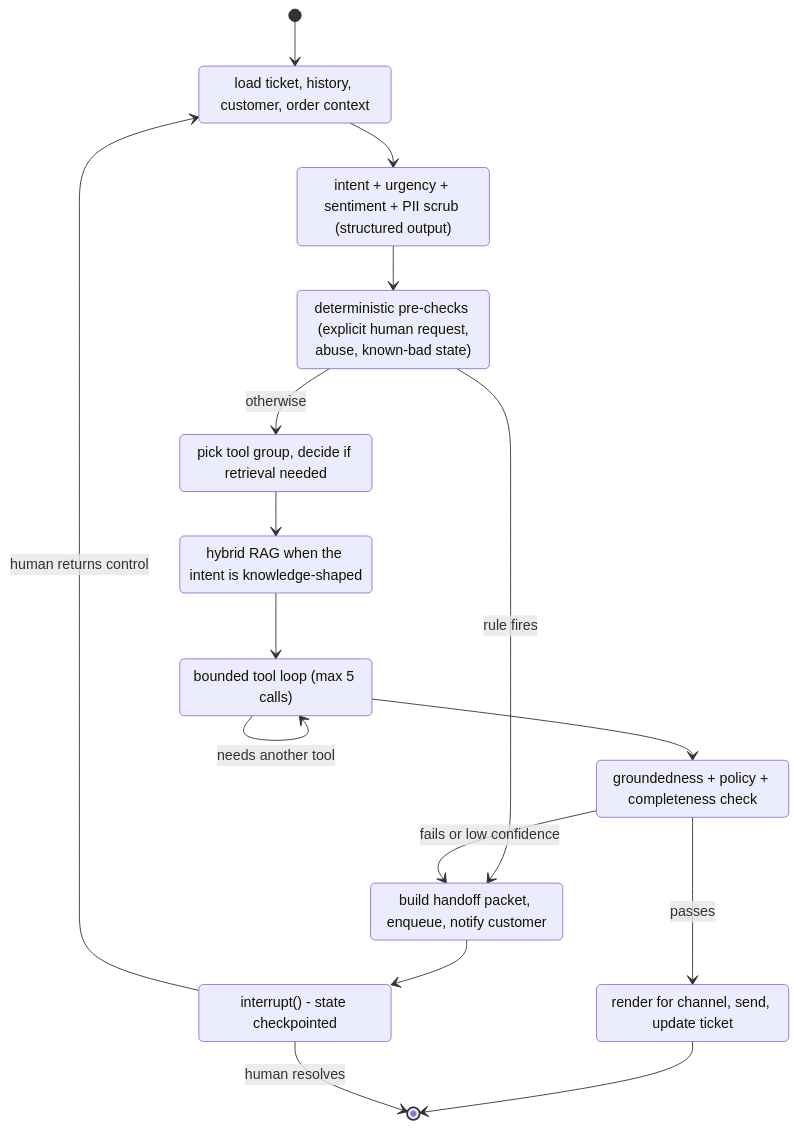
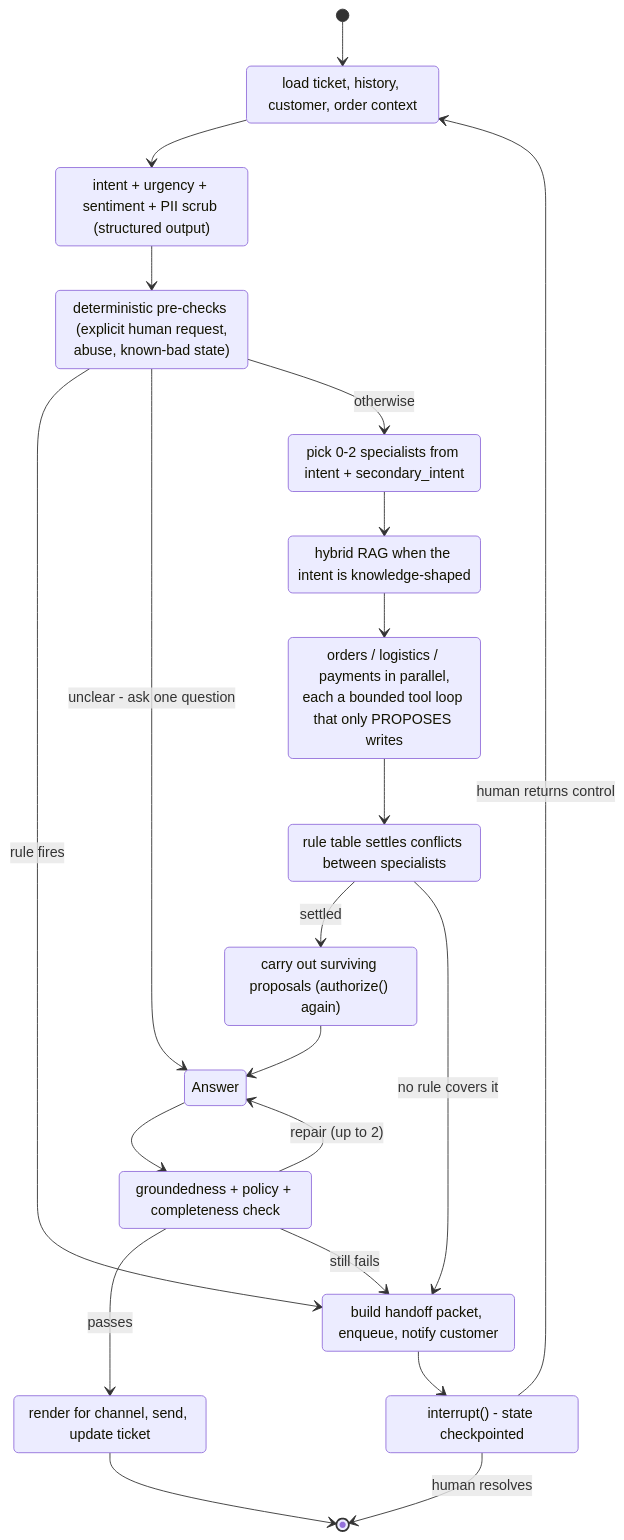
The diagram in docs/04-agent-design.md (Sarcastic-Soul/agentic-customer-support-ticket-system), drawn with Mermaid before and after one commit. The commit also changed other lines of this file and 138 other files, not shown here.

````diff
--- a/docs/04-agent-design.md
+++ b/docs/04-agent-design.md
@@ -5,28 +5,35 @@
 ```mermaid
 stateDiagram-v2
     [*] --> Prepare
     Prepare: load ticket, history, customer, order context
     Prepare --> Classify
     Classify: intent + urgency + sentiment + PII scrub (structured output)
     Classify --> HardRoute
     HardRoute: deterministic pre-checks (explicit human request,<br/>abuse, known-bad state)
     HardRoute --> Escalate: rule fires
-    HardRoute --> Plan: otherwise
-    Plan: pick tool group, decide if retrieval needed
-    Plan --> Retrieve
+    HardRoute --> Answer: unclear - ask one question
+    HardRoute --> Supervisor: otherwise
+    Supervisor: pick 0-2 specialists from intent + secondary_intent
+    Supervisor --> Retrieve
     Retrieve: hybrid RAG when the intent is knowledge-shaped
-    Retrieve --> Act
-    Act: bounded tool loop (max 5 calls)
-    Act --> Act: needs another tool
-    Act --> Verify
+    Retrieve --> Specialists
+    Specialists: orders / logistics / payments in parallel,<br/>each a bounded tool loop that only PROPOSES writes
+    Specialists --> Reconcile
+    Reconcile: rule table settles conflicts between specialists
+    Reconcile --> Commit: settled
+    Reconcile --> Escalate: no rule covers it
+    Commit: carry out surviving proposals (authorize() again)
+    Commit --> Answer
+    Answer --> Verify
     Verify: groundedness + policy + completeness check
     Verify --> Respond: passes
-    Verify --> Escalate: fails or low confidence
+    Verify --> Answer: repair (up to 2)
+    Verify --> Escalate: still fails
     Respond: render for channel, send, update ticket
     Respond --> [*]
     Escalate: build handoff packet, enqueue, notify customer
     Escalate --> Pause
     Pause: interrupt() - state checkpointed
     Pause --> Prepare: human returns control
     Pause --> [*]: human resolves
 ```
````
